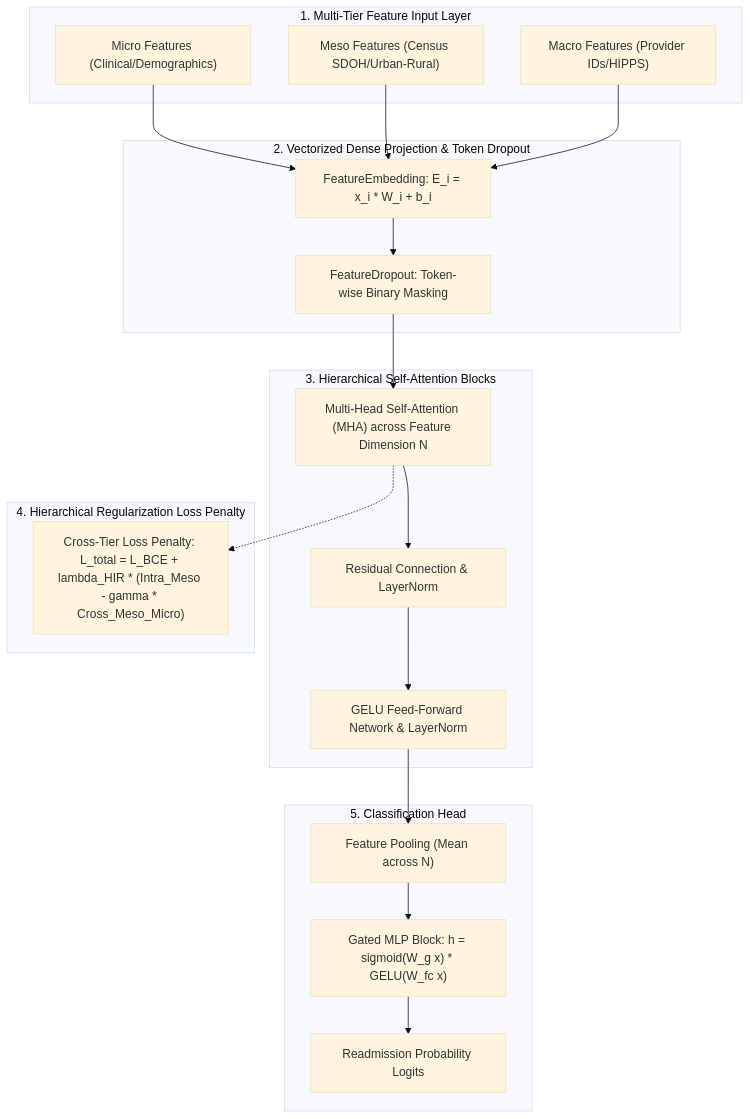
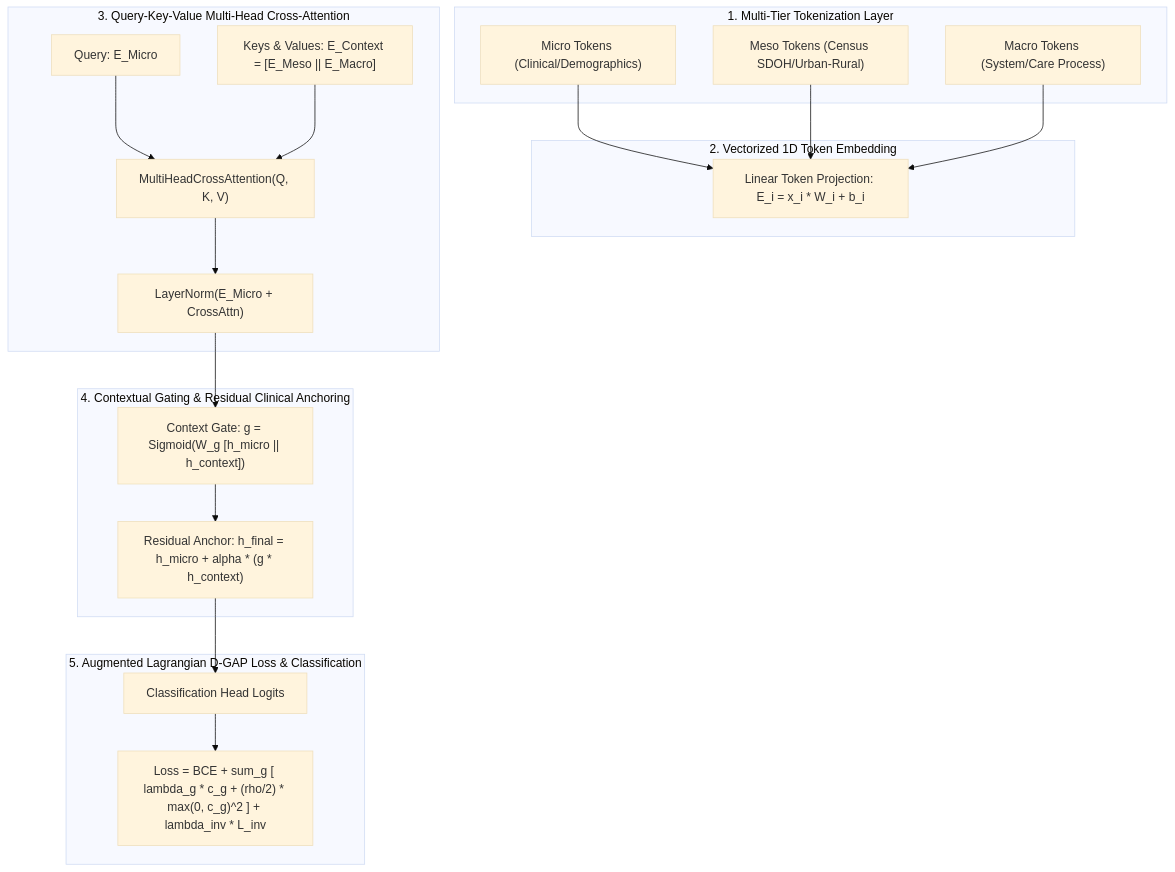
The second of 2 diagrams in docs/methodology_report.md (AI2TXST/HIR-M3), drawn with Mermaid (base theme) before and after one commit. The commit also changed other lines of this file and 321 other files, not shown here.

````diff
--- a/docs/methodology_report.md
+++ b/docs/methodology_report.md
@@ -131,33 +134,33 @@
 ```mermaid
 graph TD
-    subgraph "1. Multi-Tier Feature Input Layer"
-        X1["Micro Features (Clinical/Demographics)"]
-        X2["Meso Features (Census SDOH/Urban-Rural)"]
-        X3["Macro Features (Provider IDs/HIPPS)"]
+    subgraph "1. Multi-Tier Tokenization Layer"
+        X1["Micro Tokens (Clinical/Demographics)"]
+        X2["Meso Tokens (Census SDOH/Urban-Rural)"]
+        X3["Macro Tokens (System/Care Process)"]
     end
 
-    subgraph "2. Vectorized Dense Projection & Token Dropout"
-        E1["FeatureEmbedding: E_i = x_i * W_i + b_i"]
-        E2["FeatureDropout: Token-wise Binary Masking"]
-        X1 & X2 & X3 --> E1 --> E2
+    subgraph "2. Vectorized 1D Token Embedding"
+        E1["Linear Token Projection: E_i = x_i * W_i + b_i"]
+        X1 & X2 & X3 --> E1
     end
 
-    subgraph "3. Hierarchical Self-Attention Blocks"
-        ATTN["Multi-Head Self-Attention (MHA) across Feature Dimension N"]
-        LN1["Residual Connection & LayerNorm"]
-        FFN["GELU Feed-Forward Network & LayerNorm"]
-        E2 --> ATTN --> LN1 --> FFN
+    subgraph "3. Query-Key-Value Multi-Head Cross-Attention"
+        Q["Query: E_Micro"]
+        KV["Keys & Values: E_Context = [E_Meso || E_Macro]"]
+        CROSS["MultiHeadCrossAttention(Q, K, V)"]
+        LN["LayerNorm(E_Micro + CrossAttn)"]
+        Q & KV --> CROSS --> LN
     end
 
-    subgraph "4. Hierarchical Regularization Loss Penalty"
-        PEN["Cross-Tier Loss Penalty: L_total = L_BCE + lambda_HIR * (Intra_Meso - gamma * Cross_Meso_Micro)"]
-        ATTN -.-> PEN
+    subgraph "4. Contextual Gating & Residual Clinical Anchoring"
+        GATE["Context Gate: g = Sigmoid(W_g [h_micro || h_context])"]
+        ANCHOR["Residual Anchor: h_final = h_micro + alpha * (g * h_context)"]
+        LN --> GATE --> ANCHOR
     end
 
-    subgraph "5. Classification Head"
-        POOL["Feature Pooling (Mean across N)"]
-        GATED["Gated MLP Block: h = sigmoid(W_g x) * GELU(W_fc x)"]
-        OUT["Readmission Probability Logits"]
-        FFN --> POOL --> GATED --> OUT
+    subgraph "5. Augmented Lagrangian D-GAP Loss & Classification"
+        LOSS["Loss = BCE + sum_g [ lambda_g * c_g + (rho/2) * max(0, c_g)^2 ] + lambda_inv * L_inv"]
+        HEAD["Classification Head Logits"]
+        ANCHOR --> HEAD --> LOSS
     end
 ```
````
